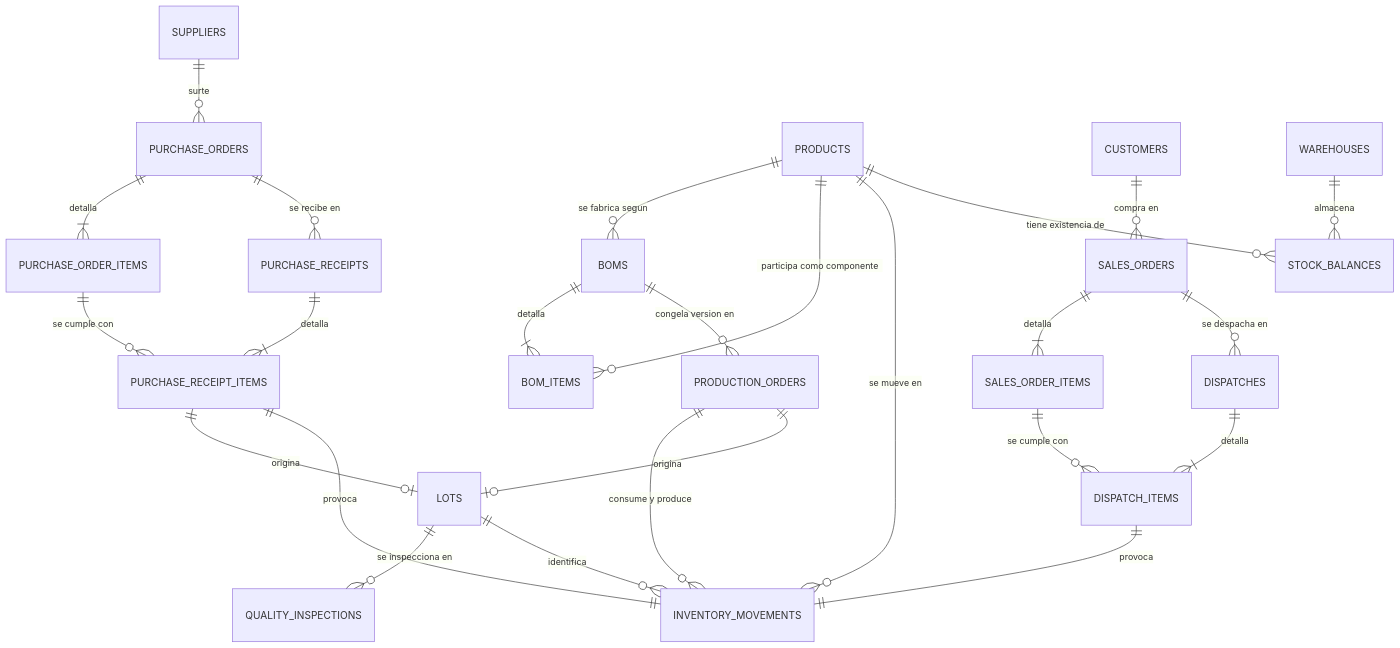
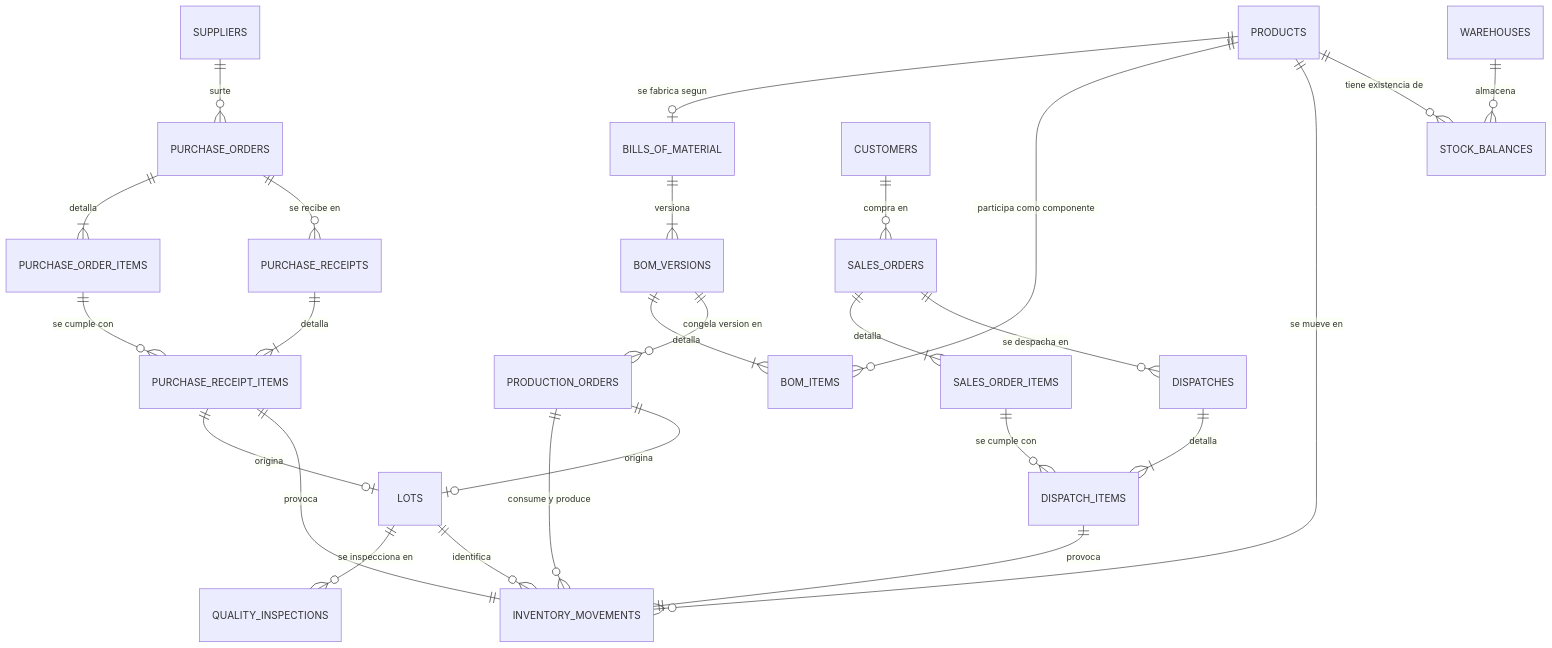
One commit to Luigui789/Manufactura changed the second of 2 diagrams in docs/database.md. Above: the diagram before and after it, drawn with Mermaid. The commit also changed other lines of this file and 9 other files, not shown here.

````diff
--- a/docs/database.md
+++ b/docs/database.md
@@ -453,30 +511,31 @@
 ```mermaid
 erDiagram
     SUPPLIERS ||--o{ PURCHASE_ORDERS : "surte"
     PURCHASE_ORDERS ||--|{ PURCHASE_ORDER_ITEMS : "detalla"
     PURCHASE_ORDERS ||--o{ PURCHASE_RECEIPTS : "se recibe en"
     PURCHASE_RECEIPTS ||--|{ PURCHASE_RECEIPT_ITEMS : "detalla"
     PURCHASE_ORDER_ITEMS ||--o{ PURCHASE_RECEIPT_ITEMS : "se cumple con"
     PURCHASE_RECEIPT_ITEMS ||--o| LOTS : "origina"
     PURCHASE_RECEIPT_ITEMS ||--|| INVENTORY_MOVEMENTS : "provoca"
 
-    PRODUCTS ||--o{ BOMS : "se fabrica segun"
-    BOMS ||--|{ BOM_ITEMS : "detalla"
+    PRODUCTS ||--o| BILLS_OF_MATERIAL : "se fabrica segun"
+    BILLS_OF_MATERIAL ||--|{ BOM_VERSIONS : "versiona"
+    BOM_VERSIONS ||--|{ BOM_ITEMS : "detalla"
     PRODUCTS ||--o{ BOM_ITEMS : "participa como componente"
-    BOMS ||--o{ PRODUCTION_ORDERS : "congela version en"
+    BOM_VERSIONS ||--o{ PRODUCTION_ORDERS : "congela version en"
     PRODUCTION_ORDERS ||--o{ INVENTORY_MOVEMENTS : "consume y produce"
     PRODUCTION_ORDERS ||--o| LOTS : "origina"
     LOTS ||--o{ QUALITY_INSPECTIONS : "se inspecciona en"
 
     CUSTOMERS ||--o{ SALES_ORDERS : "compra en"
     SALES_ORDERS ||--|{ SALES_ORDER_ITEMS : "detalla"
     SALES_ORDERS ||--o{ DISPATCHES : "se despacha en"
     DISPATCHES ||--|{ DISPATCH_ITEMS : "detalla"
     SALES_ORDER_ITEMS ||--o{ DISPATCH_ITEMS : "se cumple con"
     DISPATCH_ITEMS ||--|| INVENTORY_MOVEMENTS : "provoca"
 
     PRODUCTS ||--o{ INVENTORY_MOVEMENTS : "se mueve en"
     LOTS ||--o{ INVENTORY_MOVEMENTS : "identifica"
     PRODUCTS ||--o{ STOCK_BALANCES : "tiene existencia de"
     WAREHOUSES ||--o{ STOCK_BALANCES : "almacena"
 ```
````
